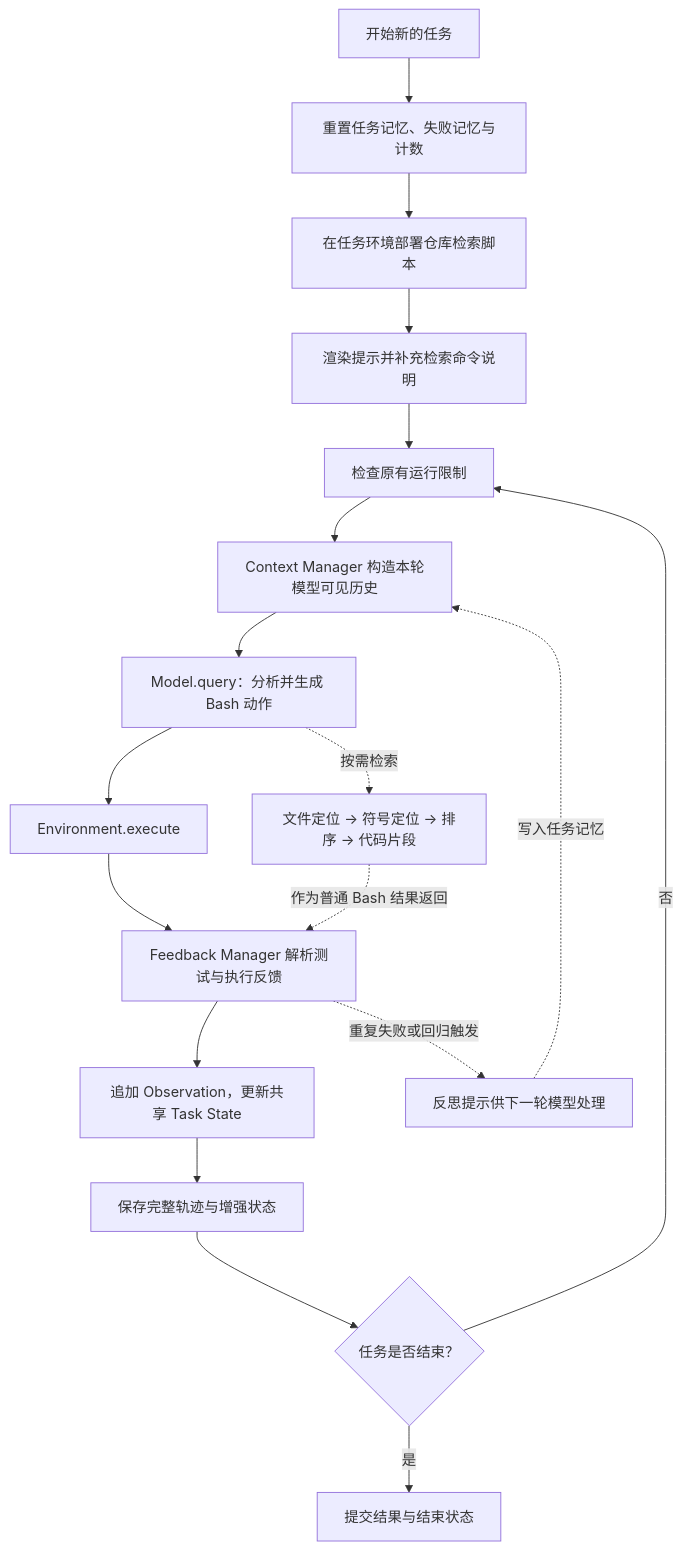
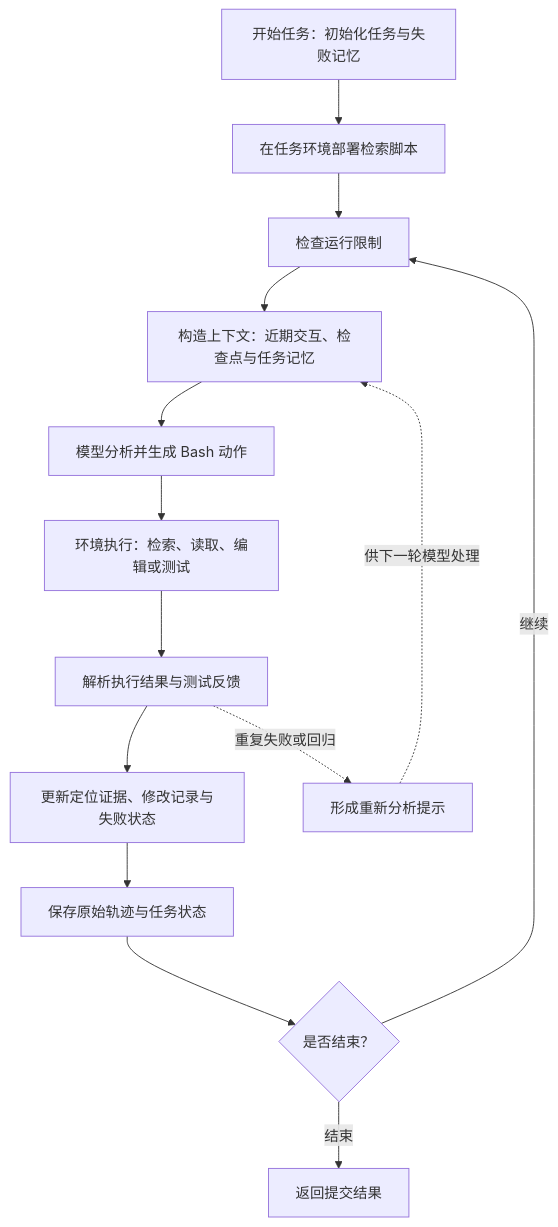
The second of 2 diagrams in README.md (cangnai/swe-compass), drawn with Mermaid before and after one commit. The commit also changed other lines of this file and 3 other files, not shown here.

````diff
--- a/README.md
+++ b/README.md
@@ -33,20 +90,16 @@
 ```mermaid
 flowchart TD
-    A[开始新的任务] --> B[重置任务记忆、失败记忆与计数]
-    B --> C[在任务环境部署仓库检索脚本]
-    C --> D[渲染提示并补充检索命令说明]
-    D --> E[检查原有运行限制]
-    E --> F[Context Manager 构造本轮模型可见历史]
-    F --> G[Model.query：分析并生成 Bash 动作]
-    G --> H[Environment.execute]
-    H --> I[Feedback Manager 解析测试与执行反馈]
-    I --> J[追加 Observation，更新共享 Task State]
-    J --> K[保存完整轨迹与增强状态]
-    K --> L{任务是否结束？}
-    L -->|否| E
-    L -->|是| M[提交结果与结束状态]
-    G -. 按需检索 .-> R[文件定位 → 符号定位 → 排序 → 代码片段]
-    R -. 作为普通 Bash 结果返回 .-> I
-    I -. 重复失败或回归触发 .-> S[反思提示供下一轮模型处理]
-    S -. 写入任务记忆 .-> F
+    A[开始任务：初始化任务与失败记忆] --> B[在任务环境部署检索脚本]
+    B --> C[检查运行限制]
+    C --> D[构造上下文：近期交互、检查点与任务记忆]
+    D --> E[模型分析并生成 Bash 动作]
+    E --> F[环境执行：检索、读取、编辑或测试]
+    F --> G[解析执行结果与测试反馈]
+    G --> H[更新定位证据、修改记录与失败状态]
+    H --> I[保存原始轨迹与任务状态]
+    I --> J{是否结束？}
+    J -->|继续| C
+    J -->|结束| K[返回提交结果]
+    G -. 重复失败或回归 .-> R[形成重新分析提示]
+    R -. 供下一轮模型处理 .-> D
 ```
````
